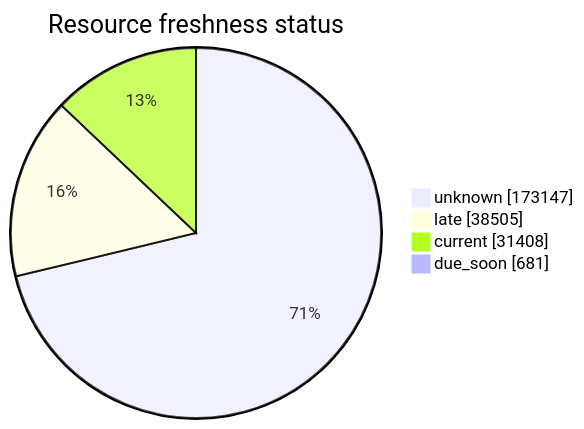
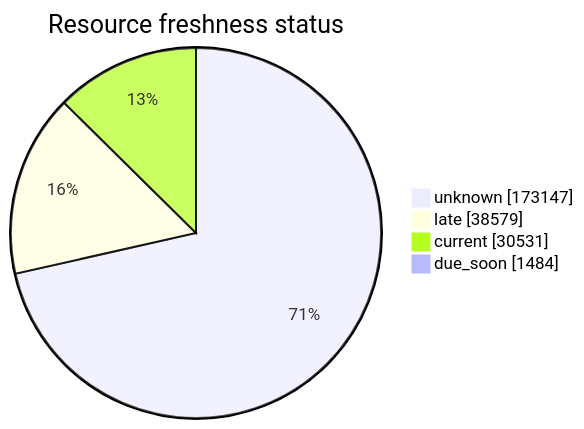
Before and after one commit to open-data/analytics-corporate-reporting: the third of 5 diagrams in FreshCheck/README.md, drawn with Mermaid. The commit also changed other lines of this file and 3 other files, not shown here.

````diff
--- a/FreshCheck/README.md
+++ b/FreshCheck/README.md
@@ -77,7 +77,7 @@
 ```mermaid
 pie showData title Resource freshness status
     "unknown": 173147
-    "late": 38505
-    "current": 31408
-    "due_soon": 681
+    "late": 38579
+    "current": 30531
+    "due_soon": 1484
 ```
````
